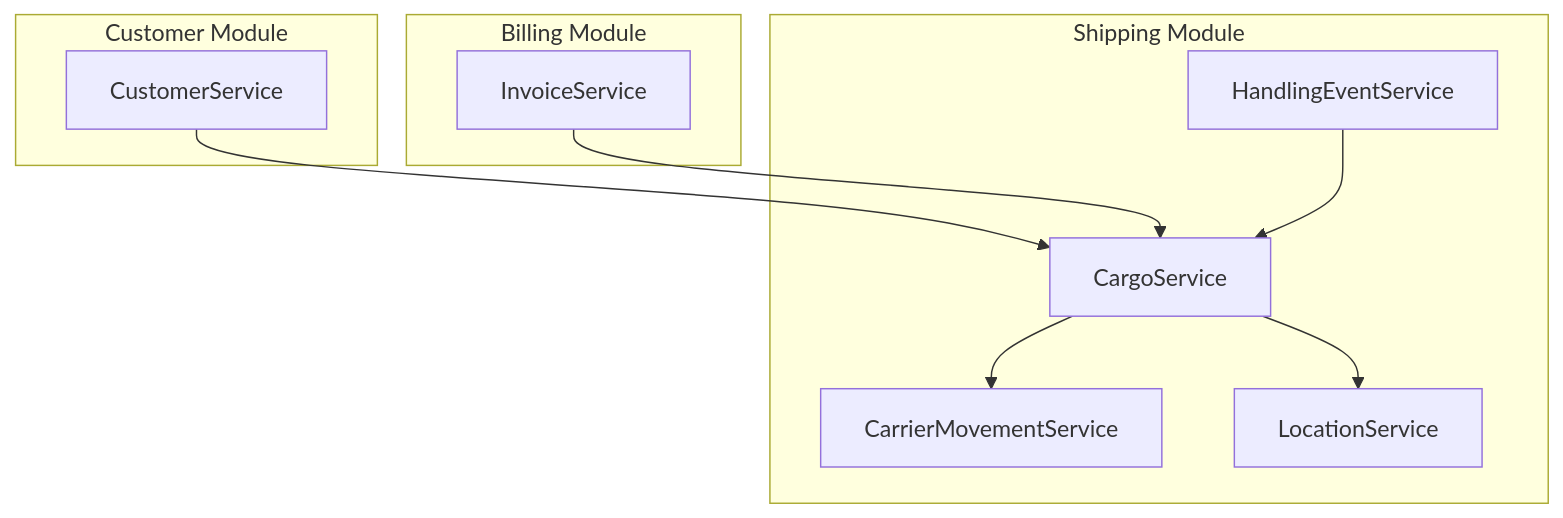
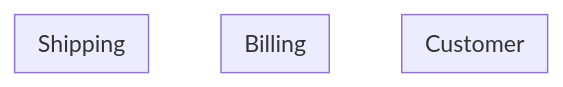
One commit to peterramaldes/cs changed the diagram in docs/architecture/05-modules.md. Above: the diagram before and after it, drawn with Mermaid.

Commit message:
simplify: modules diagram to just show module names

````diff
--- a/docs/architecture/05-modules.md
+++ b/docs/architecture/05-modules.md
@@ -3,23 +3,11 @@
 ```mermaid
 graph TB
-    subgraph Customer["Customer Module"]
-        CustomerService
+    subgraph Customer["Customer"]
     end
 
-    subgraph Billing["Billing Module"]
-        InvoiceService
+    subgraph Billing["Billing"]
     end
 
-    subgraph Shipping["Shipping Module"]
-        CargoService
-        HandlingEventService
-        CarrierMovementService
-        LocationService
+    subgraph Shipping["Shipping"]
     end
-
-    CustomerService --> CargoService
-    InvoiceService --> CargoService
-    HandlingEventService --> CargoService
-    CargoService --> LocationService
-    CargoService --> CarrierMovementService
 ```
````
